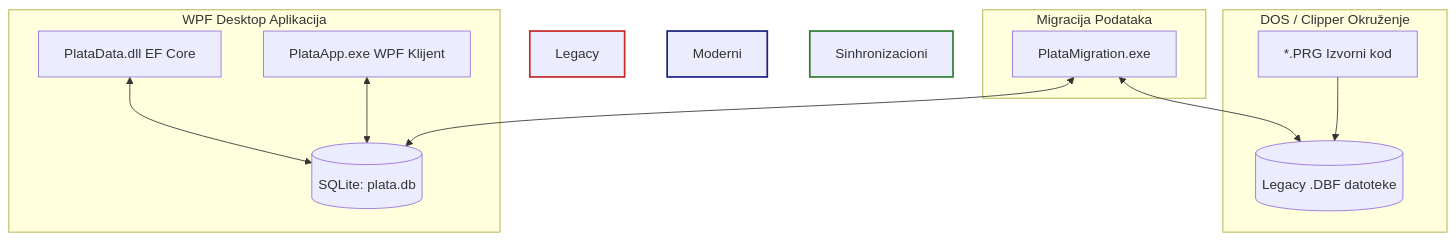
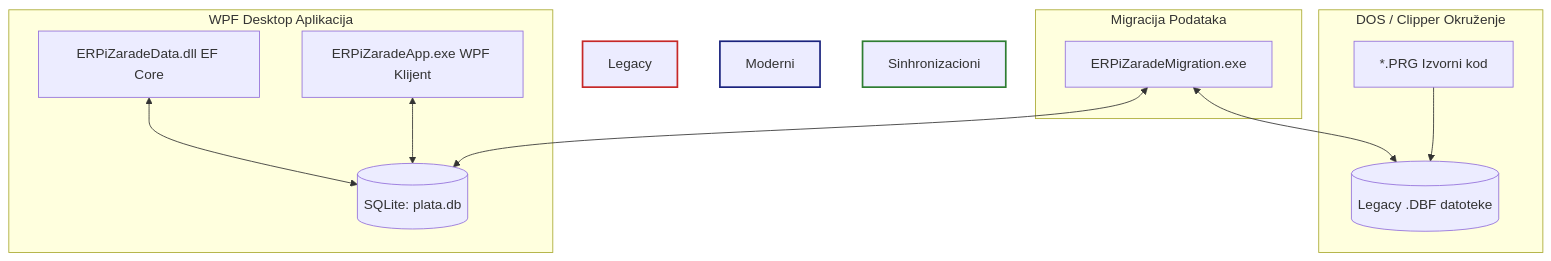
The first of 3 diagrams in DOKUMENTACIJA_NET.md (blagojevicboban/ERPiZarade), drawn with Mermaid before and after one commit. The commit also changed other lines of this file and 214 other files, not shown here.

First line of the commit message:
v1.1.13 - Preimenovanje projekta u ERPiZarade

````diff
--- a/DOKUMENTACIJA_NET.md
+++ b/DOKUMENTACIJA_NET.md
@@ -11,20 +11,20 @@
 ```mermaid
 flowchart TD
     subgraph Legacy DOS Sloj [DOS / Clipper Okruženje]
         PRG[*.PRG Izvorni kod] --> DBF_Fajlovi[(Legacy .DBF datoteke)]
     end
 
     subgraph Sinhronizacioni Sloj [Migracija Podataka]
-        Migrator[PlataMigration.exe] <--> DBF_Fajlovi
+        Migrator[ERPiZaradeMigration.exe] <--> DBF_Fajlovi
     end
 
     subgraph Moderni .NET Sloj [WPF Desktop Aplikacija]
         Migrator <--> SQLite_DB[(SQLite: plata.db)]
-        PlataApp[PlataApp.exe WPF Klijent] <--> SQLite_DB
-        PlataData[PlataData.dll EF Core] <--> SQLite_DB
+        ERPiZaradeApp[ERPiZaradeApp.exe WPF Klijent] <--> SQLite_DB
+        ERPiZaradeData[ERPiZaradeData.dll EF Core] <--> SQLite_DB
     end
 
     style Legacy DOS Sloj fill:#ffebee,stroke:#c62828,stroke-width:2px
     style Moderni .NET Sloj fill:#e8eaf6,stroke:#1a237e,stroke-width:2px
     style Sinhronizacioni Sloj fill:#e8f5e9,stroke:#2e7d32,stroke-width:2px
 ```
````
